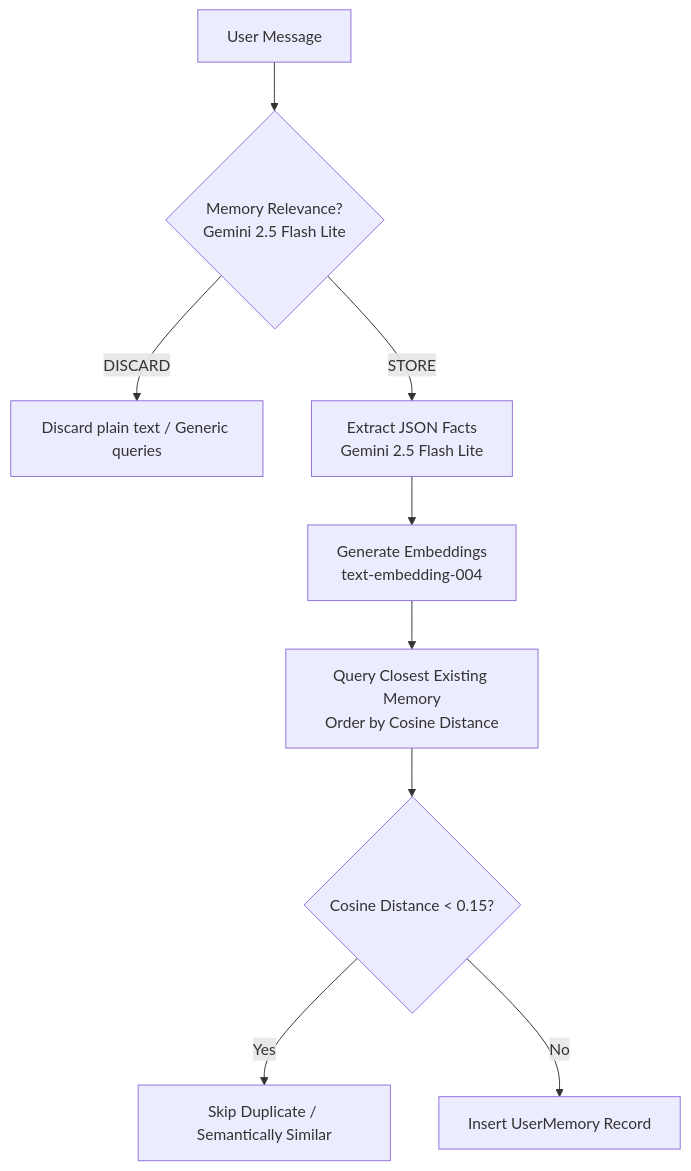
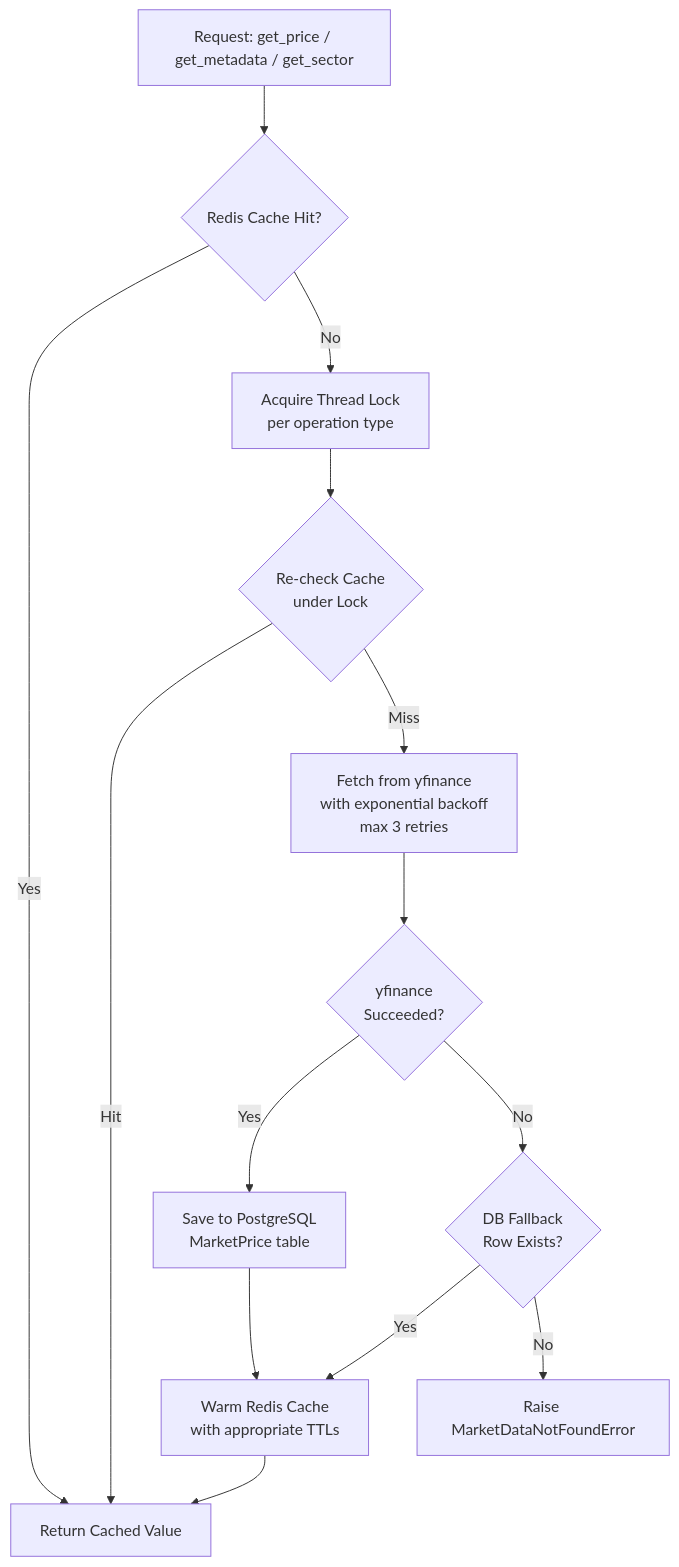
The third of 10 diagrams in README.md (piyushkeshri8912/nivesh-iq), drawn with Mermaid before and after one commit. The commit also changed other lines of this file and 67 other files, not shown here.

````diff
--- a/README.md
+++ b/README.md
@@ -308,14 +133,18 @@
 ```mermaid
-flowchart TD
-    UserInput[User Message] --> Classify{Memory Relevance?<br/>Gemini 2.5 Flash Lite}
+flowchart TB
+    REQ[Request: get_price / get_metadata / get_sector] --> CACHE{Redis Cache Hit?}
+    CACHE -->|Yes| RETURN[Return Cached Value]
+    CACHE -->|No| LOCK[Acquire Thread Lock<br/>per operation type]
+    LOCK --> RECHECK{Re-check Cache<br/>under Lock}
+    RECHECK -->|Hit| RETURN
+    RECHECK -->|Miss| YF[Fetch from yfinance<br/>with exponential backoff<br/>max 3 retries]
     
-    Classify -->|DISCARD| Discard[Discard plain text / Generic queries]
-    Classify -->|STORE| Extract[Extract JSON Facts<br/>Gemini 2.5 Flash Lite]
+    YF --> SUCCESS{yfinance<br/>Succeeded?}
+    SUCCESS -->|Yes| SAVE_DB[Save to PostgreSQL<br/>MarketPrice table]
+    SAVE_DB --> WARM_CACHE[Warm Redis Cache<br/>with appropriate TTLs]
+    WARM_CACHE --> RETURN
     
-    Extract --> Embed[Generate Embeddings<br/>text-embedding-004]
-    Embed --> QueryDb[Query Closest Existing Memory<br/>Order by Cosine Distance]
-    
-    QueryDb --> DistanceCheck{Cosine Distance < 0.15?}
-    DistanceCheck -->|Yes| Skip[Skip Duplicate / Semantically Similar]
-    DistanceCheck -->|No| Store[Insert UserMemory Record]
+    SUCCESS -->|No| DB_FALLBACK{DB Fallback<br/>Row Exists?}
+    DB_FALLBACK -->|Yes| WARM_CACHE
+    DB_FALLBACK -->|No| ERROR[Raise MarketDataNotFoundError]
 ```
````
